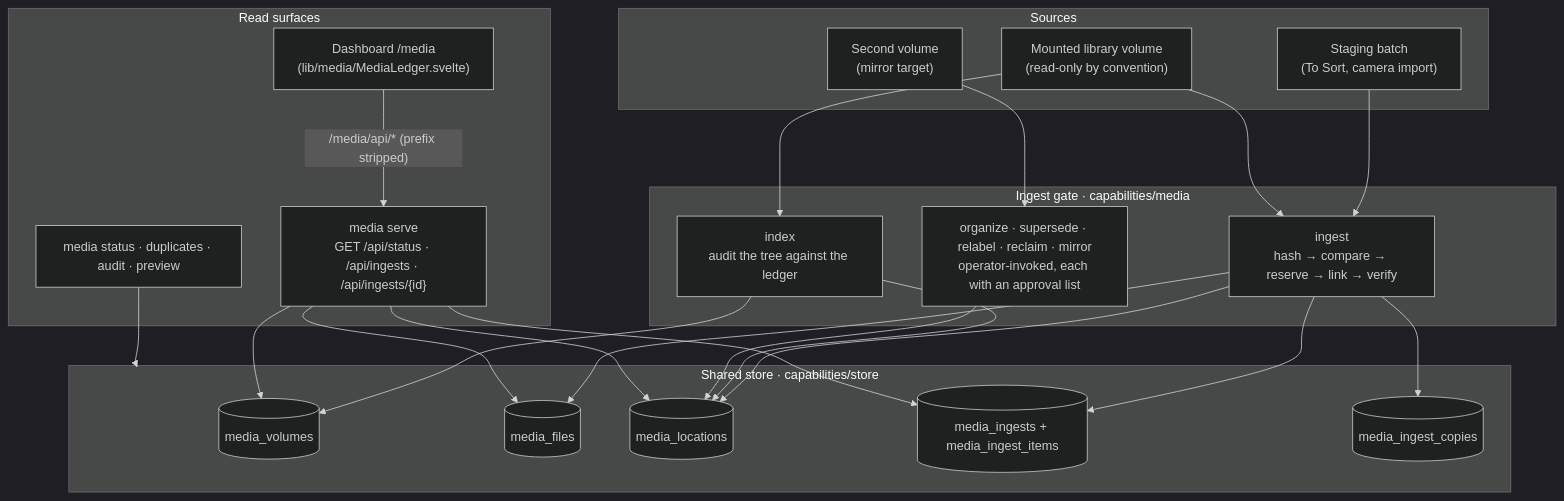
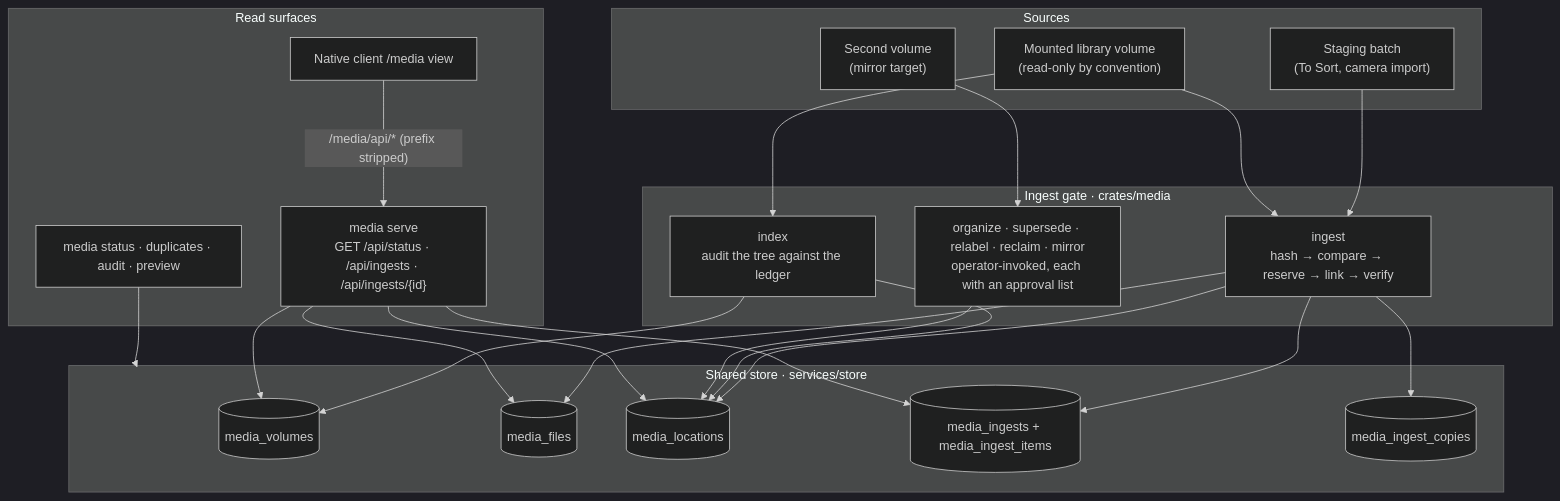
Before and after one commit to larsboes/Sjel: the diagram in website/content/capabilities/media.md, drawn with Mermaid (dark theme). The commit also changed other lines of this file and 25 other files, not shown here.

````diff
--- a/website/content/capabilities/media.md
+++ b/website/content/capabilities/media.md
@@ -7,46 +7,46 @@
 ```mermaid
 flowchart TD
     subgraph Input["Sources"]
         Staging["Staging batch\n(To Sort, camera import)"]
         Library["Mounted library volume\n(read-only by convention)"]
         Mirror["Second volume\n(mirror target)"]
     end
 
-    subgraph Gate["Ingest gate · capabilities/media"]
+    subgraph Gate["Ingest gate · crates/media"]
         Ingest["ingest\nhash → compare → reserve → link → verify"]
         Index["index\naudit the tree against the ledger"]
         Verbs["organize · supersede · relabel · reclaim · mirror\noperator-invoked, each with an approval list"]
     end
 
-    subgraph Store["Shared store · capabilities/store"]
+    subgraph Store["Shared store · services/store"]
         Volumes[("media_volumes")]
         Files[("media_files")]
         Locations[("media_locations")]
         Runs[("media_ingests + media_ingest_items")]
         Copies[("media_ingest_copies")]
     end
 
     subgraph Read["Read surfaces"]
         CLI["media status · duplicates · audit · preview"]
         HTTP["media serve\nGET /api/status · /api/ingests · /api/ingests/{id}"]
-        Panel["Dashboard /media\n(lib/media/MediaLedger.svelte)"]
+        Panel["Native client /media view"]
     end
 
     Staging --> Ingest
     Library --> Ingest
     Library --> Index
     Mirror --> Verbs
     Ingest --> Runs
     Ingest --> Copies
     Ingest --> Files
     Ingest --> Locations
     Index --> Locations
     Index --> Volumes
     Verbs --> Locations
     HTTP --> Volumes
     HTTP --> Files
     HTTP --> Locations
     HTTP --> Runs
     Panel -->|"/media/api/* (prefix stripped)"| HTTP
     CLI --> Store
 ```
````
